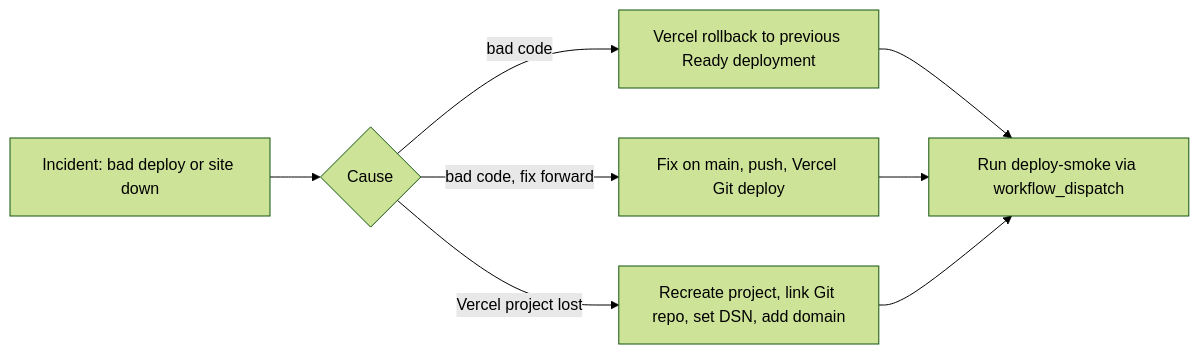
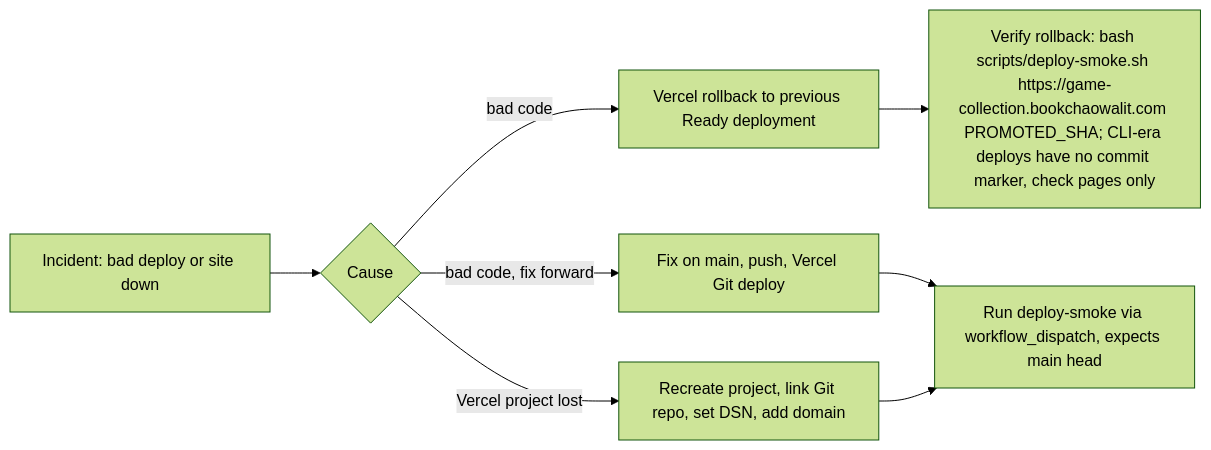
The diagram in docs/diagrams/14-backup-dr.md (bookchaowalit-game/games-game-collection-web), drawn with Mermaid (forest theme) before and after one commit. The commit also changed other lines of this file and 1 other file, not shown here.

Commit message:
docs: rollback-aware smoke check and honest change fail rate
Codex review: a manual deploy-smoke run expects main head, so verify a rollback
with the promoted SHA; only 1 of 4 deploys was smoke-checked.

````diff
--- a/docs/diagrams/14-backup-dr.md
+++ b/docs/diagrams/14-backup-dr.md
@@ -15,10 +15,10 @@
 ```mermaid
 flowchart LR
   INC["Incident: bad deploy or site down"] --> Q{"Cause"}
   Q -->|"bad code"| RB["Vercel rollback to previous Ready deployment"]
   Q -->|"bad code, fix forward"| FX["Fix on main, push, Vercel Git deploy"]
   Q -->|"Vercel project lost"| RE["Recreate project, link Git repo, set DSN, add domain"]
-  RB --> SM["Run deploy-smoke via workflow_dispatch"]
-  FX --> SM
+  RB --> SMR["Verify rollback: bash scripts/deploy-smoke.sh https://game-collection.bookchaowalit.com PROMOTED_SHA; CLI-era deploys have no commit marker, check pages only"]
+  FX --> SM["Run deploy-smoke via workflow_dispatch, expects main head"]
   RE --> SM
 ```
````
